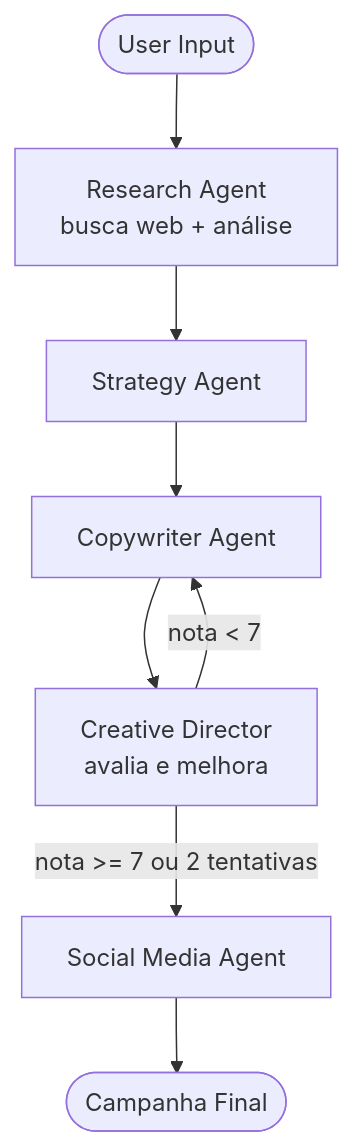
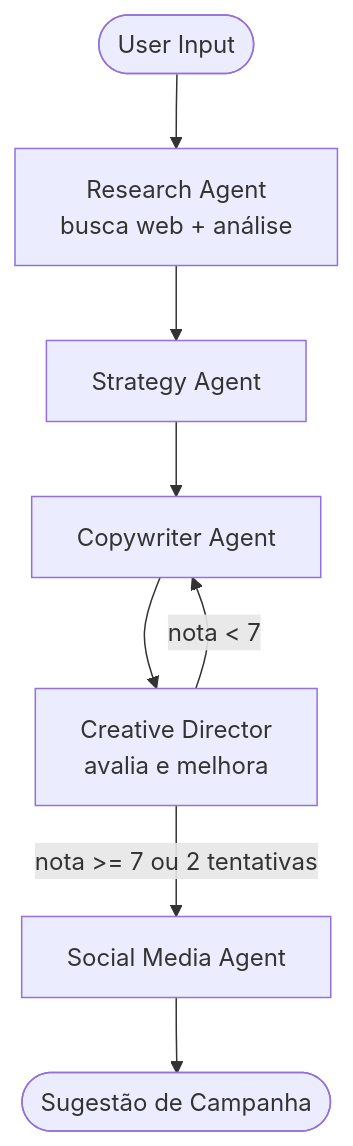
The diagram in README.md (klaubeer/ai-marketing-agency), drawn with Mermaid before and after one commit. The commit also changed other lines of this file, not shown here.

````diff
--- a/README.md
+++ b/README.md
@@ -45,10 +47,10 @@
 ```mermaid
 flowchart TD
     A([User Input]) --> B[Research Agent\nbusca web + análise]
     B --> C[Strategy Agent]
     C --> D[Copywriter Agent]
     D --> E[Creative Director\navalia e melhora]
     E -->|nota >= 7 ou 2 tentativas| F[Social Media Agent]
     E -->|nota < 7| D
-    F --> G([Campanha Final])
+    F --> G([Sugestão de Campanha])
 ```
````
